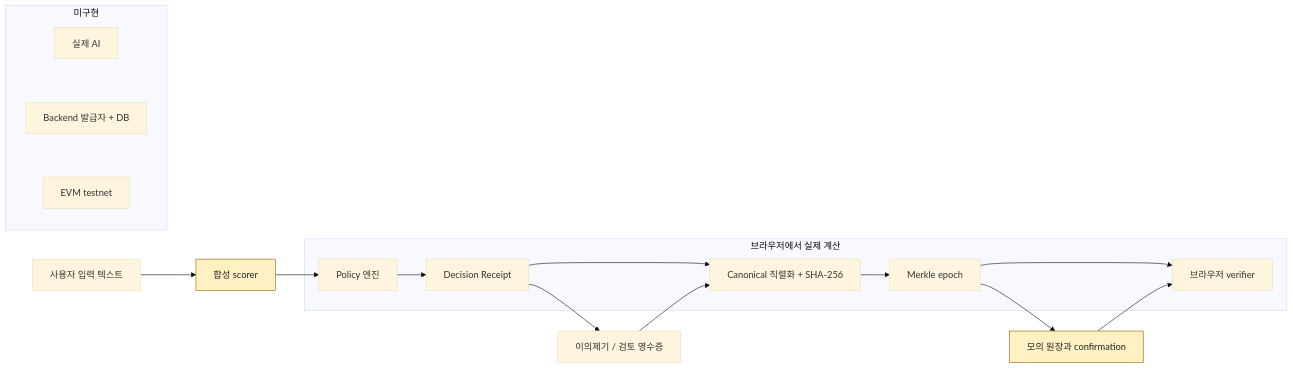
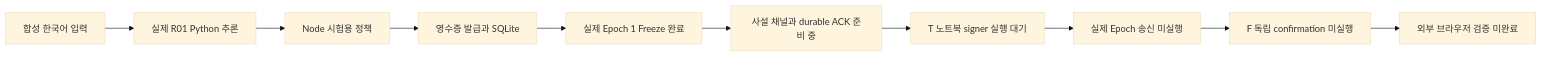
The diagram in README.md (jujinho03/verimod), drawn with Mermaid (base theme) before and after one commit. The commit also changed other lines of this file and 23 other files, not shown here.

````diff
--- a/README.md
+++ b/README.md
@@ -38,20 +54,12 @@
 ```mermaid
 flowchart LR
-  Text[사용자 입력 텍스트] --> Scorer[합성 scorer]
-  Scorer --> Policy[Policy 엔진]
-  subgraph Real[브라우저에서 실제 계산]
-    Policy --> Receipt[Decision Receipt]
-    Receipt --> Hash[Canonical 직렬화 + SHA-256]
-    Hash --> Merkle[Merkle epoch]
-    Merkle --> Verifier[브라우저 verifier]
-  end
-  Merkle --> Ledger[모의 원장과 confirmation]
-  Ledger --> Verifier
-  Receipt --> Appeal[이의제기 / 검토 영수증]
-  Appeal --> Hash
-  subgraph Future[미구현]
-    AI[실제 AI] ~~~ Backend[Backend 발급자 + DB] ~~~ EVM[EVM testnet]
-  end
-  classDef simulated fill:#fff1c2,stroke:#8a6300,color:#222
-  class Scorer,Ledger simulated
+  Text[합성 한국어 입력] --> Model[실제 R01 Python 추론]
+  Model --> Policy[Node 시험용 정책]
+  Policy --> Receipt[영수증 발급과 SQLite]
+  Receipt --> Freeze[실제 Epoch 1 Freeze 완료]
+  Freeze --> Gate[사설 채널과 durable ACK 준비 중]
+  Gate --> Sender[T 노트북 signer 실행 대기]
+  Sender --> Chain[실제 Epoch 송신 미실행]
+  Chain --> Confirm[F 독립 confirmation 미실행]
+  Confirm --> Browser[외부 브라우저 검증 미완료]
 ```
````
